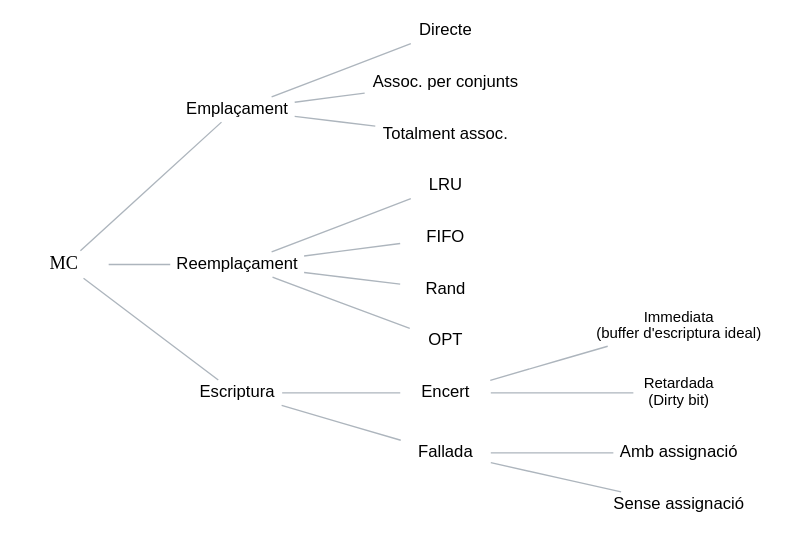
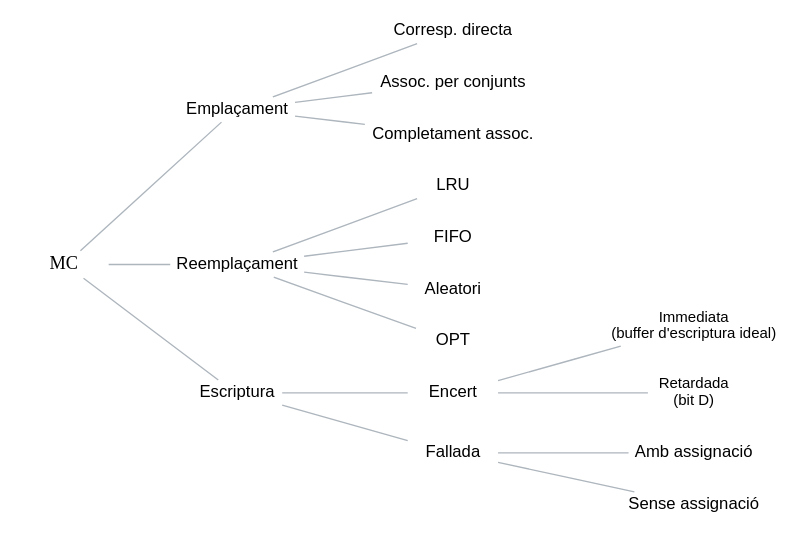
The diagram in 24_specs/A7_mc_politiques_resum__graphviz.gv (rbaig/migracio.ec.gitlab.upc.edu), drawn with Graphviz before and after one commit. The commit also changed 53 other files, not shown here.

```diff
--- a/24_specs/A7_mc_politiques_resum__graphviz.gv
+++ b/24_specs/A7_mc_politiques_resum__graphviz.gv
@@ -1,74 +1,74 @@
 digraph mc_politiques {
     rankdir=LR;
     splines=line;
     nodesep=0.22;
     ranksep=0.52;
 
     node [
         shape=none,
         fontname="Liberation Sans",
         fontsize=10,
         margin="0.06,0.03",
         height=0.2
     ];
 
     edge [
         arrowhead=none,
         color="#adb5bd",
         penwidth=0.8
     ];
 
     /* Arrel */
     MC [label="MC", fontsize=11, fontname="Liberation Sans Bold"];
 
     /* Nivell 1 */
     Emp  [label="Emplaçament"];
     Ree  [label="Reemplaçament"];
     Esc  [label="Escriptura"];
 
     /* Emplaçament */
-    ED   [label="Directe"];
+    ED   [label="Corresp. directa"];
     EAC  [label="Assoc. per conjunts"];
-    ETA  [label="Totalment assoc."];
+    ETA  [label="Completament assoc."];
 
     /* Reemplaçament */
     RLRU [label="LRU"];
     RFIFO[label="FIFO"];
-    RRand[label="Rand"];
+    RRand[label="Aleatori"];
     ROPT [label="OPT"];
 
     /* Escriptura */
     EEnc [label="Encert"];
     EFal [label="Fallada"];
 
     /* Escriptura → Encert */
     EEI  [label="Immediata\n(buffer d'escriptura ideal)", fontsize=9];
-    EER  [label="Retardada\n(Dirty bit)", fontsize=9];
+    EER  [label="Retardada\n(bit D)", fontsize=9];
 
     /* Escriptura → Fallada */
     EFA  [label="Amb assignació"];
     EFSA [label="Sense assignació"];
 
     /* Arcs */
     MC   -> Emp;
     MC   -> Ree;
     MC   -> Esc;
 
     Emp  -> ED;
     Emp  -> EAC;
     Emp  -> ETA;
 
     Ree  -> RLRU;
     Ree  -> RFIFO;
     Ree  -> RRand;
     Ree  -> ROPT;
 
     Esc  -> EEnc;
     Esc  -> EFal;
 
     EEnc -> EEI;
     EEnc -> EER;
 
     EFal -> EFA;
     EFal -> EFSA;
 }
```
